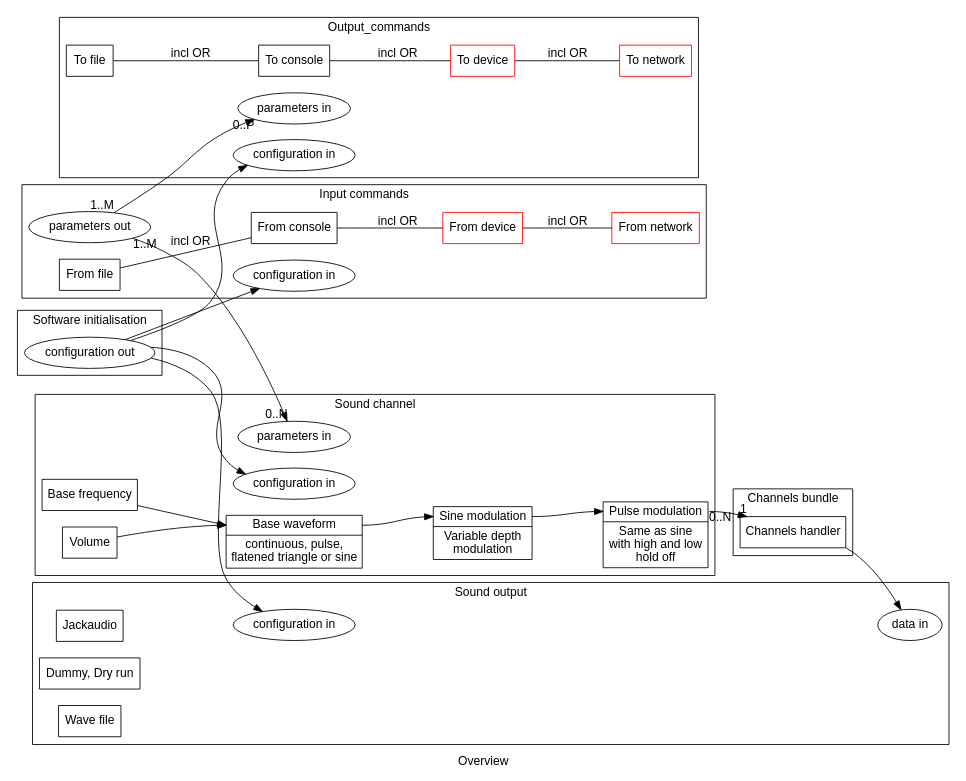
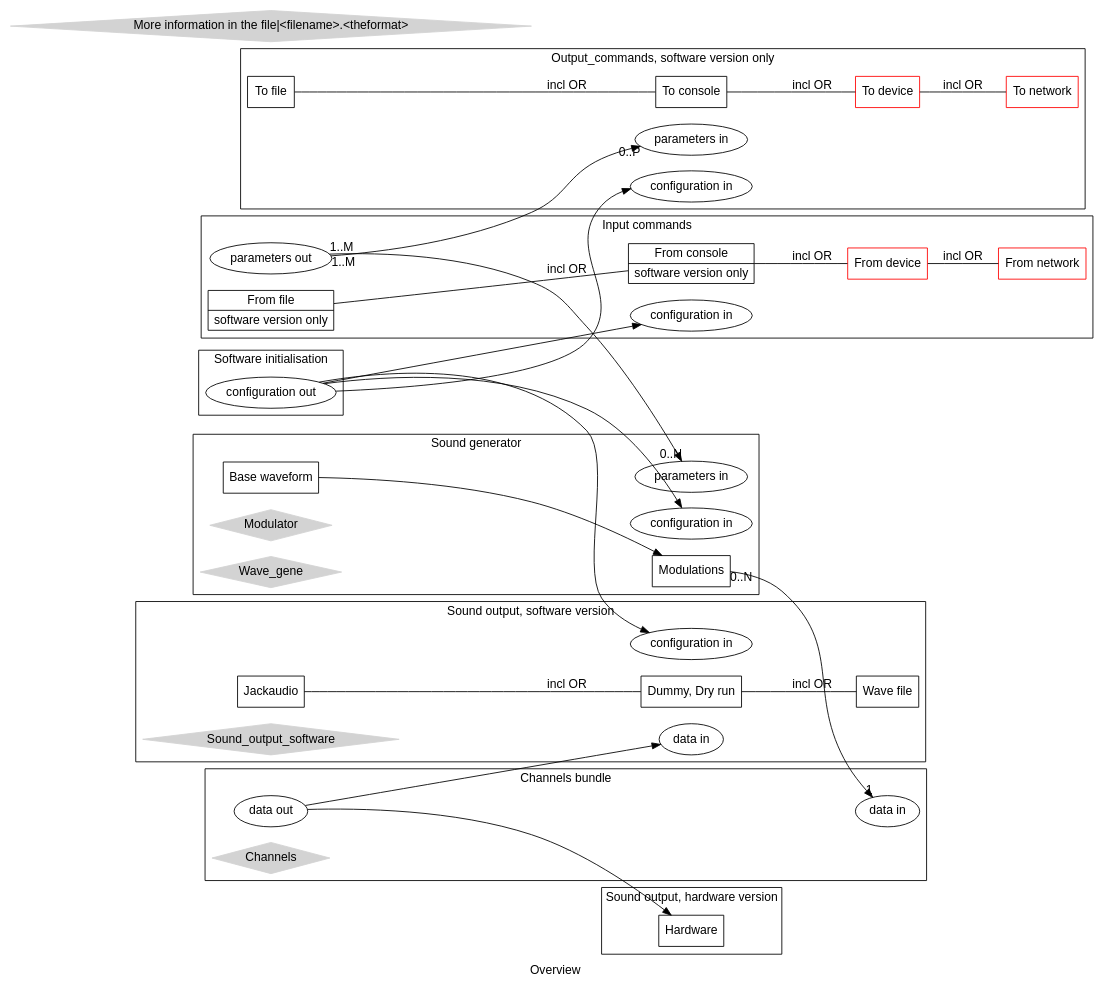
One commit to ElecGeek/MultiSignalGene changed the diagram in Documentation/Overview.gv. Above: the diagram before and after it, drawn with Graphviz. The commit also changed 3 other files, not shown here.

Commit message:
Documentation graphs improvement

```diff
--- a/Documentation/Overview.gv
+++ b/Documentation/Overview.gv
@@ -1,81 +1,92 @@
 digraph overview {
 		newrank=true;
 		comment=""
 		comment="Sorry my lisp installation of graphviz is broken. I hope to fix the indentation ASAP"
 		comment=""
 		 fontname="Helvetica,Arial,sans-sherif"
 		 node [fontname="Helvetica,Arial,sans-sherif"]
 		 edge [fontname="Helvetica,Arial,sans-sherif"]
 		 rankdir=LR;
 		 node [shape=record]
 
 		 label="Overview";
+
 		 subgraph cluster_initialisation {
 		 		  node [shape=record]
 				  label="Software initialisation";
 				  node [label="configuration out";shape=ellipse] "n_init_output";
 		 }
 		 subgraph cluster_input_commands {
 		 		  node [shape=record]
 				  label="Input commands";
 				  subgraph n_input_cmd {
-				  				  node [label="From file"] "n_input_cmd_file";
-				  				  node [label="From console"] "n_input_cmd_stdio";
+				  				  node [label="From file|software version only"] "n_input_cmd_file";
+				  				  node [label="From console|software version only"] "n_input_cmd_stdio";
 				  				  node [label="From device";color=red] "n_input_cmd_device";
 				  				  node [label="From network";color=red] "n_input_cmd_net";
 				  }
 				  node [label="parameters out";shape=ellipse] "n_input_commands_output";
 				  node [label="configuration in";shape=ellipse] "n_input_commands_config";
 				  n_input_cmd_file -> n_input_cmd_stdio -> n_input_cmd_device -> n_input_cmd_net [label="incl OR";dir=none];
 		 }
 		 subgraph cluster_output_commands {
 		 		  node [shape=record]
-				  label="Output_commands";
+				  label="Output_commands, software version only";
 				  subgraph n_output_cmd {
 				  				  node [label="To file"] "n_output_cmd_file";
 				  				  node [label="To console"] "n_output_cmd_stdio";
 				  				  node [label="To device";color=red] "n_output_cmd_device";
 				  				  node [label="To network";color=red] "n_output_cmd_net";
 				  }
 				  node [label="parameters in";shape=ellipse] "n_output_commands_params";
 				  node [label="configuration in";shape=ellipse] "n_output_commands_config";
 				  n_output_cmd_file -> n_output_cmd_stdio -> n_output_cmd_device -> n_output_cmd_net [label="incl OR";dir=none];
 		 }
 		 subgraph cluster_sound_gene_0 {
 		 		  node [shape=record]
-		 		  label="Sound channel";
-		 		  node [label="<f0>Base frequency"] base_frequency;
-		 		  node [label="<f0>Volume"] base_volume;
-		 		  node [label="<f0>Base waveform|continuous, pulse,\nflatened triangle or sine"] base_waveform;
-		 		  node [label="<f0>Sine modulation|Variable depth\nmodulation"] sine_modulation;
-		 		  node [label="<f0>Pulse modulation|Same as sine\nwith high and low\nhold off"] pulse_modulation;
+		 		  label="Sound generator";
+		 		  node [label="Base waveform"] base_waveform;
+		 		  node [label="Modulations"] base_modulations;
 				  node [label="parameters in";shape=ellipse] "n_base_waveform_params";
-				  "base_volume":f0 -> "base_waveform":f0;
-				  "base_frequency":f0 -> "base_waveform":f0;
-				  "base_waveform":f0 -> "sine_modulation":f0;
-				  "sine_modulation":f0 -> "pulse_modulation":f0;
+				  "base_waveform" -> "base_modulations";
 				  node [label="configuration in";shape=ellipse] "n_base_waveform_config";
+				  node [label="Modulator";shape=diamond;style=filled;color=lightgrey] "links_modulator"
+				  node [label="Wave_gene";shape=diamond;style=filled;color=lightgrey] "links_wavegene"
 		 }
-		 subgraph cluster_sound_output {
-		 		  node[shape=record]
-		 		  label="Sound output";
-  		 		  node [label="Jackaudio"] "n_output_jack";
+
+		 subgraph cluster_sound_software {
+		 		  label="Sound output, software version";
+		 		  node [label="Jackaudio"] "n_output_jack";
   		 		  node [label="Dummy, Dry run"] "n_output_dummy";
   		 		  node [label="Wave file"] "n_output_wavefile";
-				  node [label="data in";shape=ellipse] "n_output_data";
-				  node [label="configuration in";shape=ellipse] "n_output_config";
-		 }
+
+		 		  node [label="configuration in";shape=ellipse] "n_output_config";
+				  node [label="data in";shape=ellipse] "n_output_software";
+				  n_output_jack -> n_output_dummy -> n_output_wavefile [label="incl OR";dir=none];
+				  node [label="Sound_output_software";shape=diamond;style=filled;color=lightgrey] "links_sound_output_software"
+				  }
+
+		 subgraph cluster_sound_hardware {
+		 		  label="Sound output, hardware version";
+		 		  node [label="Hardware"] n_output_hardware;
+				  }
+
 		 subgraph cluster_bundle_channels {
 				  node[shape=record]
-				  node [label="Channels handler"] "n_bundle_run";
+				  node [label="data in";shape=ellipse] "n_bundle_in";
+				  node [label="data out";shape=ellipse] "n_bundle_out";
 		 		  label="Channels bundle";
+				  node [label="Channels";shape=diamond;style=filled;color=lightgrey] "links_channels"
 		 }
 		 "n_init_output" -> "n_input_commands_config";
 		 "n_init_output" -> "n_output_commands_config";
 		 "n_init_output" -> "n_base_waveform_config";
 		 "n_init_output" -> "n_output_config";
 		 "n_input_commands_output" -> "n_output_commands_params" [headlabel="0..P";taillabel="1..M"];
 		 "n_input_commands_output" -> "n_base_waveform_params" [headlabel="0..N";taillabel="1..M"];
-		 "pulse_modulation":f0 -> n_bundle_run [headlabel="1";taillabel="0..N"];
-		 n_bundle_run -> n_output_data;
+		 "base_modulations" -> n_bundle_in [headlabel="1";taillabel="0..N"];
+		 n_bundle_out -> n_output_software;
+		 n_bundle_out -> n_output_hardware;
+
+	     node [label="More information in the file|<filename>.<theformat>";shape=diamond;style=filled;color=lightgrey] "links_legenda"
 }
```
